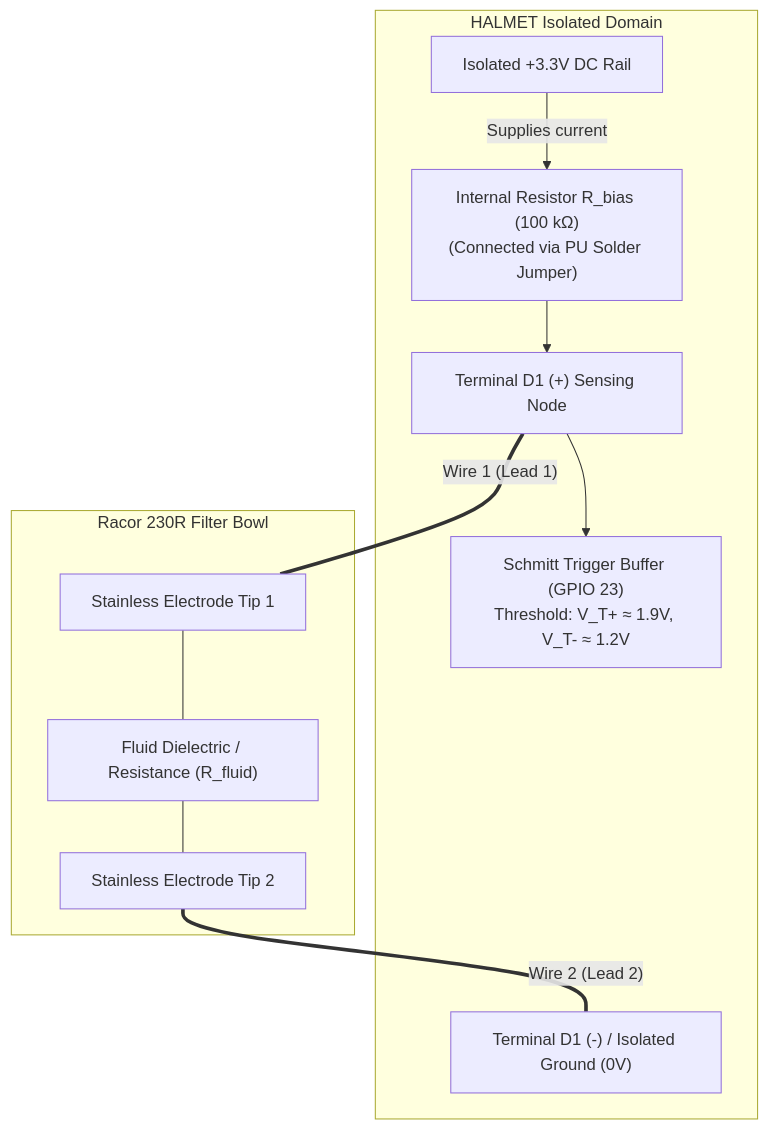
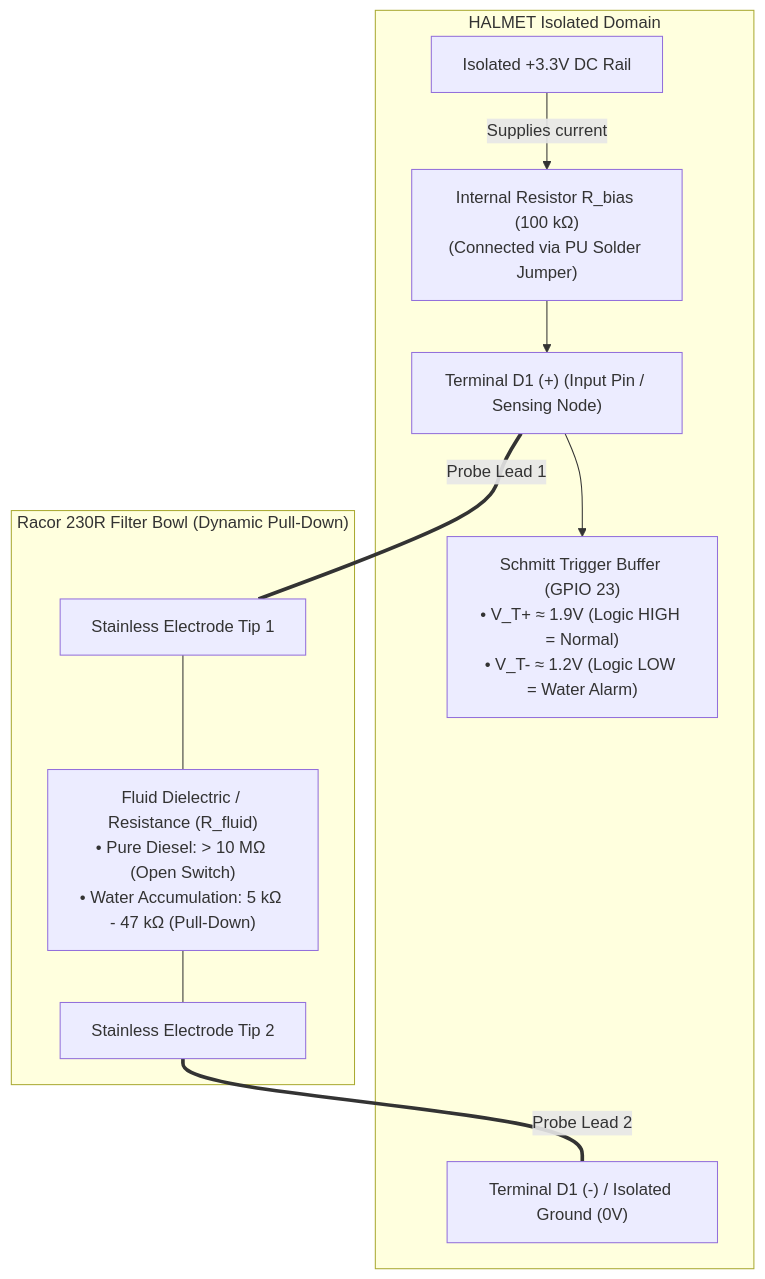
The first of 2 diagrams in docs/racor-water-in-fuel-sensor.md (mransan/seagram-electronics), drawn with Mermaid before and after one commit. The commit also changed other lines of this file, not shown here.

````diff
--- a/docs/racor-water-in-fuel-sensor.md
+++ b/docs/racor-water-in-fuel-sensor.md
@@ -314,25 +200,25 @@
 ```mermaid
 flowchart TD
     subgraph HALMET_Isolated_Domain ["HALMET Isolated Domain"]
         VCC["Isolated +3.3V DC Rail"]
         R_bias["Internal Resistor R_bias (100 kΩ)<br>(Connected via PU Solder Jumper)"]
-        NodeD1["Terminal D1 (+) Sensing Node"]
-        Schmitt["Schmitt Trigger Buffer (GPIO 23)<br>Threshold: V_T+ ≈ 1.9V, V_T- ≈ 1.2V"]
+        NodeD1["Terminal D1 (+) (Input Pin / Sensing Node)"]
+        Schmitt["Schmitt Trigger Buffer (GPIO 23)<br>• V_T+ ≈ 1.9V (Logic HIGH = Normal)<br>• V_T- ≈ 1.2V (Logic LOW = Water Alarm)"]
         GND_ISO["Terminal D1 (-) / Isolated Ground (0V)"]
 
         VCC -->|Supplies current| R_bias
         R_bias --> NodeD1
         NodeD1 --> Schmitt
     end
 
-    subgraph Racor_Filter_Bowl ["Racor 230R Filter Bowl"]
+    subgraph Racor_Filter_Bowl ["Racor 230R Filter Bowl (Dynamic Pull-Down)"]
         ProbeTip1["Stainless Electrode Tip 1"]
-        Liquid["Fluid Dielectric / Resistance (R_fluid)"]
+        Liquid["Fluid Dielectric / Resistance (R_fluid)<br>• Pure Diesel: > 10 MΩ (Open Switch)<br>• Water Accumulation: 5 kΩ - 47 kΩ (Pull-Down)"]
         ProbeTip2["Stainless Electrode Tip 2"]
 
         ProbeTip1 --- Liquid --- ProbeTip2
     end
 
-    NodeD1 ===|"Wire 1 (Lead 1)"| ProbeTip1
-    ProbeTip2 ===|"Wire 2 (Lead 2)"| GND_ISO
+    NodeD1 ===|"Probe Lead 1"| ProbeTip1
+    ProbeTip2 ===|"Probe Lead 2"| GND_ISO
 ```
````
